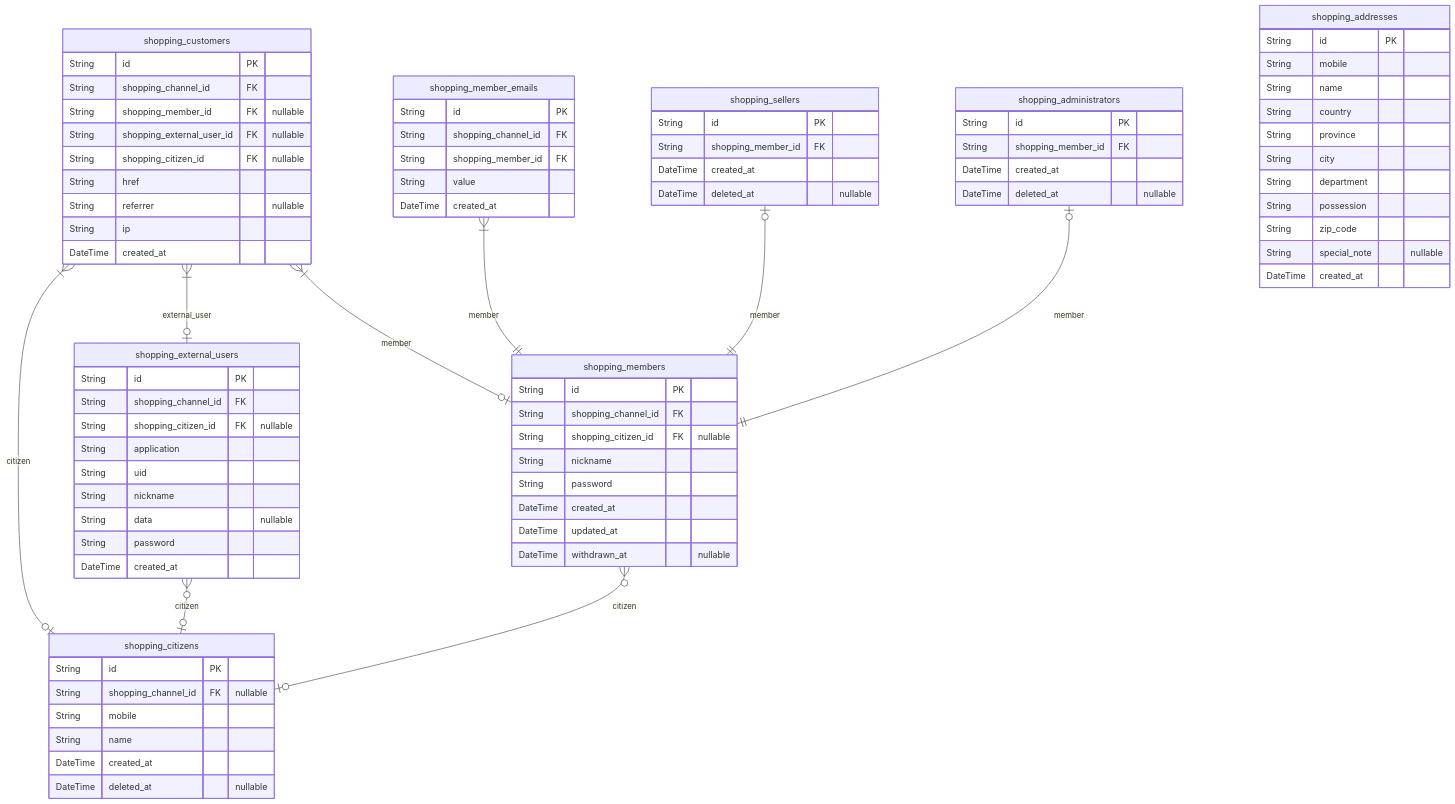
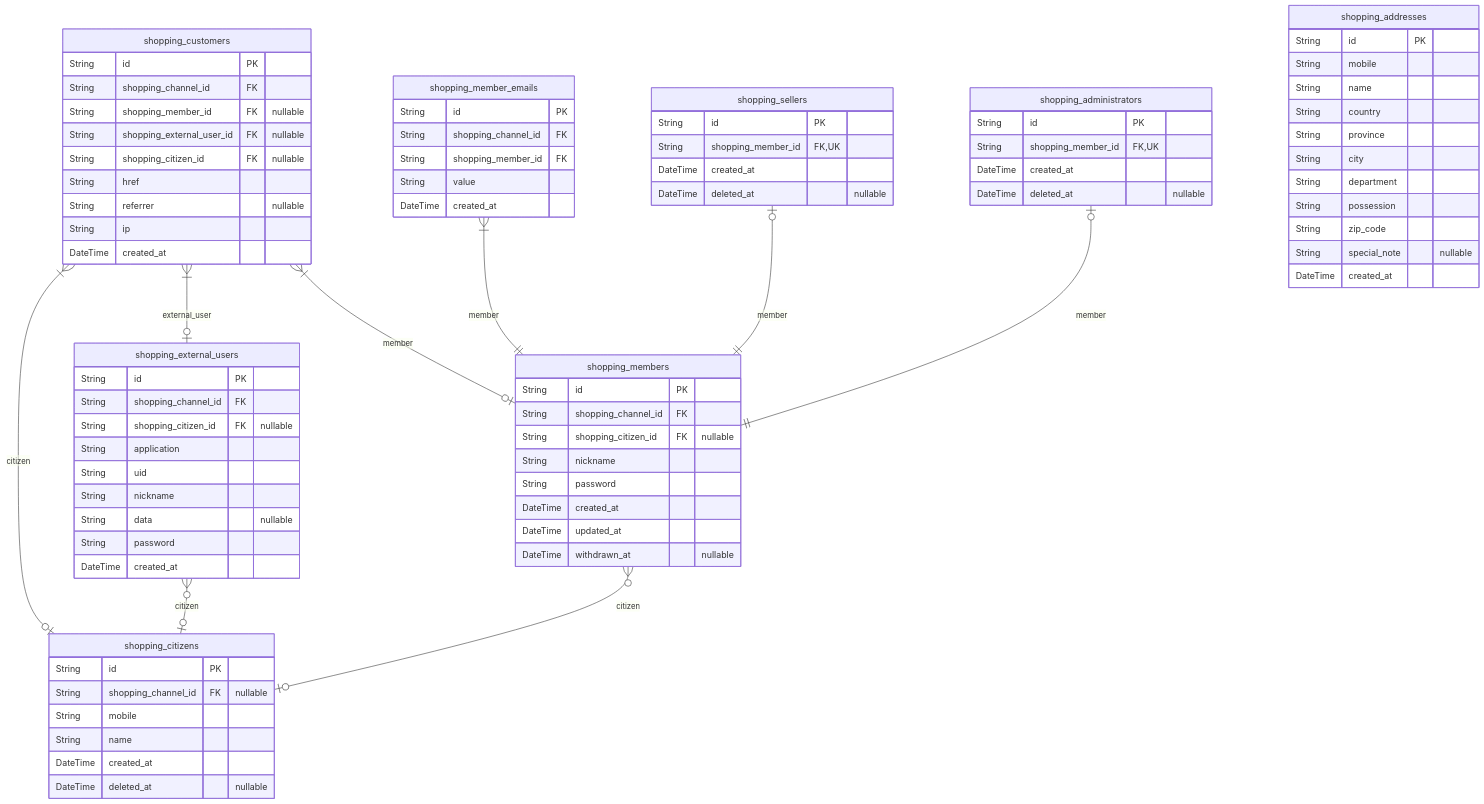
Before and after one commit to samchon/prisma-markdown: the third of 10 diagrams in ERD.md, drawn with Mermaid. The commit also changed other lines of this file and 2 other files, not shown here.

```diff
--- a/ERD.md
+++ b/ERD.md
@@ -432,13 +432,13 @@
 }
 "shopping_sellers" {
   String id PK
-  String shopping_member_id FK
+  String shopping_member_id FK,UK
   DateTime created_at
   DateTime deleted_at "nullable"
 }
 "shopping_administrators" {
   String id PK
-  String shopping_member_id FK
+  String shopping_member_id FK,UK
   DateTime created_at
   DateTime deleted_at "nullable"
 }
```
